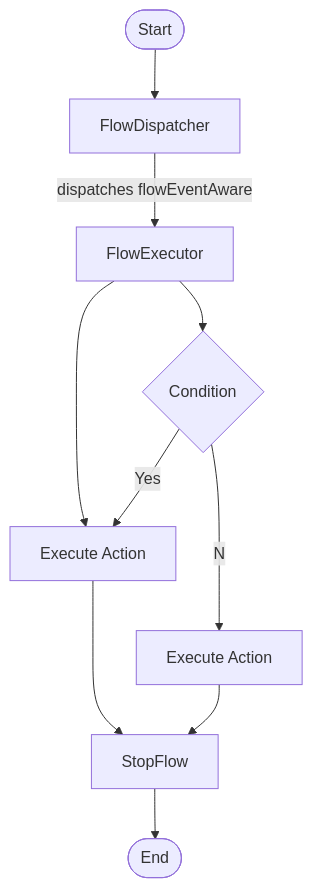
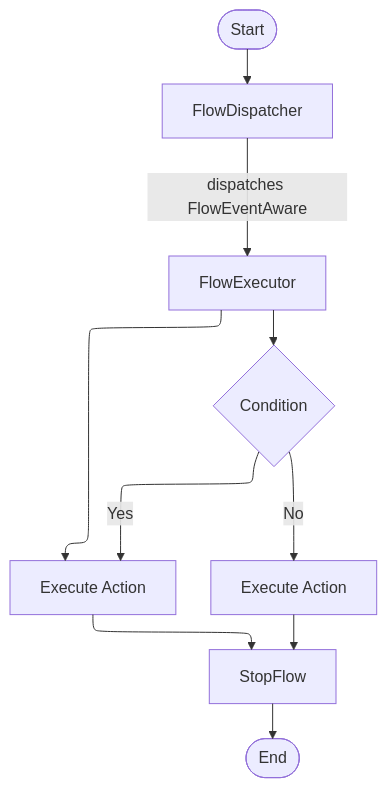
The first of 2 diagrams in concepts/framework/flow-concept.md (shopware/docs), drawn with Mermaid before and after one commit. The commit also changed other lines of this file and 11 other files, not shown here.

````diff
--- a/concepts/framework/flow-concept.md
+++ b/concepts/framework/flow-concept.md
@@ -46,12 +46,12 @@
 ```mermaid
-flowchart TD
+flowchart-elk TD
     A([Start])-->B[FlowDispatcher]
-    B--dispatches flowEventAware-->C[FlowExecutor]
+    B--dispatches FlowEventAware-->C[FlowExecutor]
     C-->D{Condition}
     C-->E[Execute Action]
     D--Yes-->E    
     E-->F[StopFlow]
     F-->G([End])
-    D--No-->H[Execute Action]
+    D--No -->H[Execute Action]
     H-->F
 ```
````
